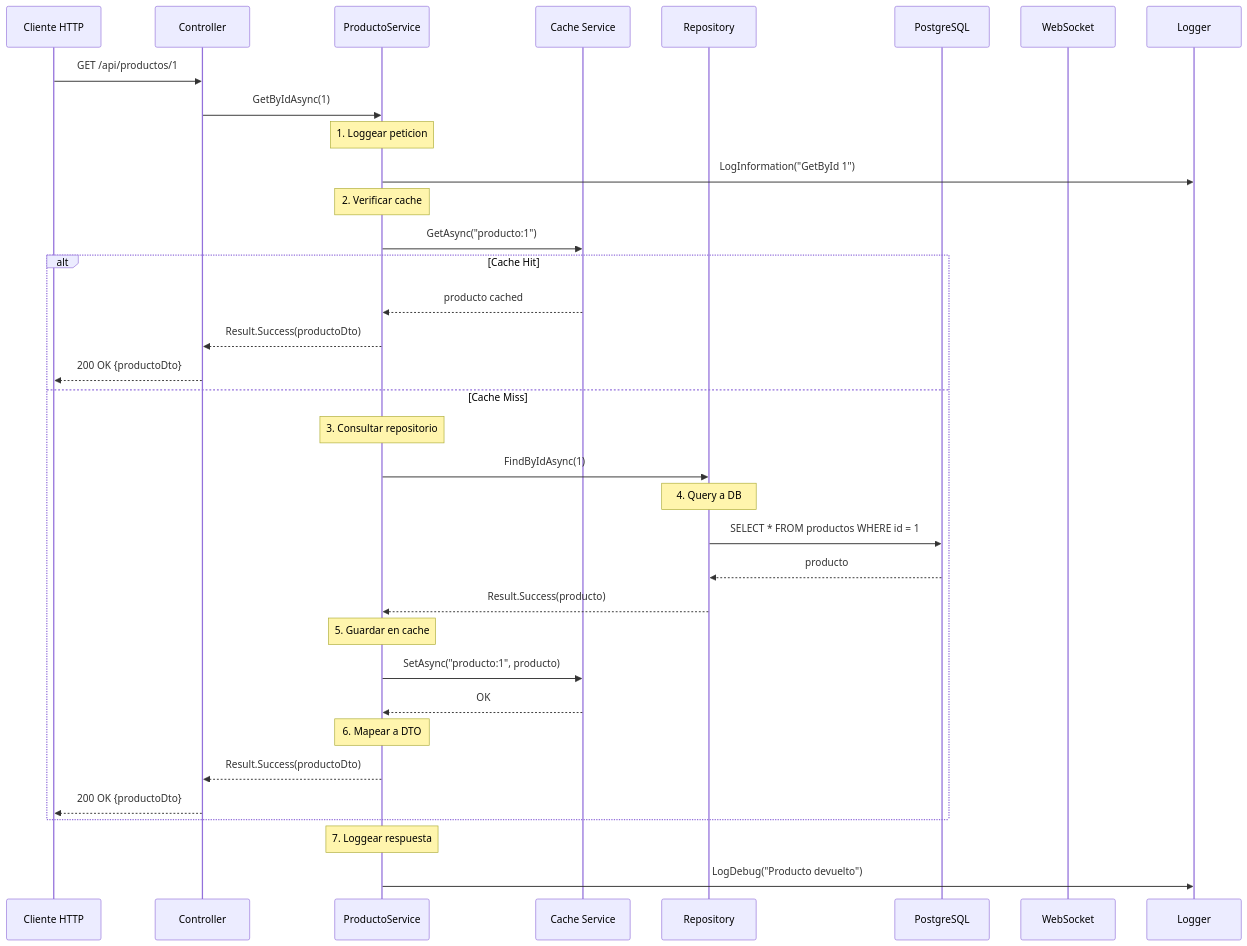
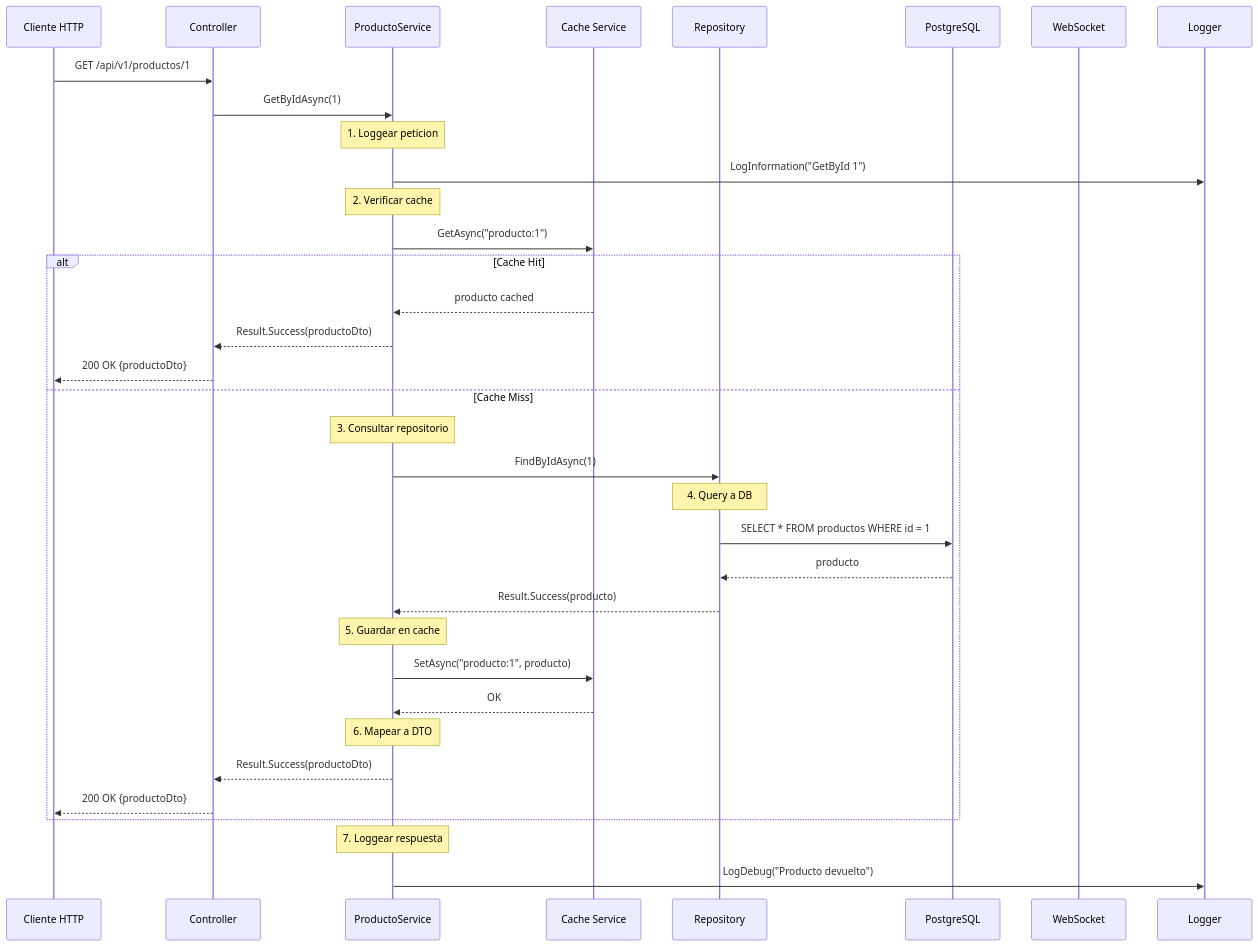
One commit to joseluisgs/TiendaDawApi-NetCore changed the second of 5 diagrams in doc/12-servicios-negocio.md. Above: the diagram before and after it, drawn with Mermaid. The commit also changed other lines of this file and 237 other files, not shown here.

````diff
--- a/doc/12-servicios-negocio.md
+++ b/doc/12-servicios-negocio.md
@@ -150,45 +150,45 @@
 ```mermaid
 sequenceDiagram
     participant Client as Cliente HTTP
     participant Ctrl as Controller
     participant Svc as ProductoService
     participant Cache as Cache Service
     participant Repo as Repository
     participant DB as PostgreSQL
     participant WS as WebSocket
     participant Logger as Logger
 
-    Client->>Ctrl: GET /api/productos/1
+    Client->>Ctrl: GET /api/v1/productos/1
     Ctrl->>Svc: GetByIdAsync(1)
     
     Note over Svc: 1. Loggear peticion
     Svc->>Logger: LogInformation("GetById 1")
     
     Note over Svc: 2. Verificar cache
     Svc->>Cache: GetAsync("producto:1")
     
     alt Cache Hit
         Cache-->>Svc: producto cached
         Svc-->>Ctrl: Result.Success(productoDto)
         Ctrl-->>Client: 200 OK {productoDto}
     else Cache Miss
         Note over Svc: 3. Consultar repositorio
         Svc->>Repo: FindByIdAsync(1)
         
         Note over Repo: 4. Query a DB
         Repo->>DB: SELECT * FROM productos WHERE id = 1
         DB-->>Repo: producto
         Repo-->>Svc: Result.Success(producto)
         
         Note over Svc: 5. Guardar en cache
         Svc->>Cache: SetAsync("producto:1", producto)
         Cache-->>Svc: OK
         
         Note over Svc: 6. Mapear a DTO
         Svc-->>Ctrl: Result.Success(productoDto)
         Ctrl-->>Client: 200 OK {productoDto}
     end
     
     Note over Svc: 7. Loggear respuesta
     Svc->>Logger: LogDebug("Producto devuelto")
 ```
````
